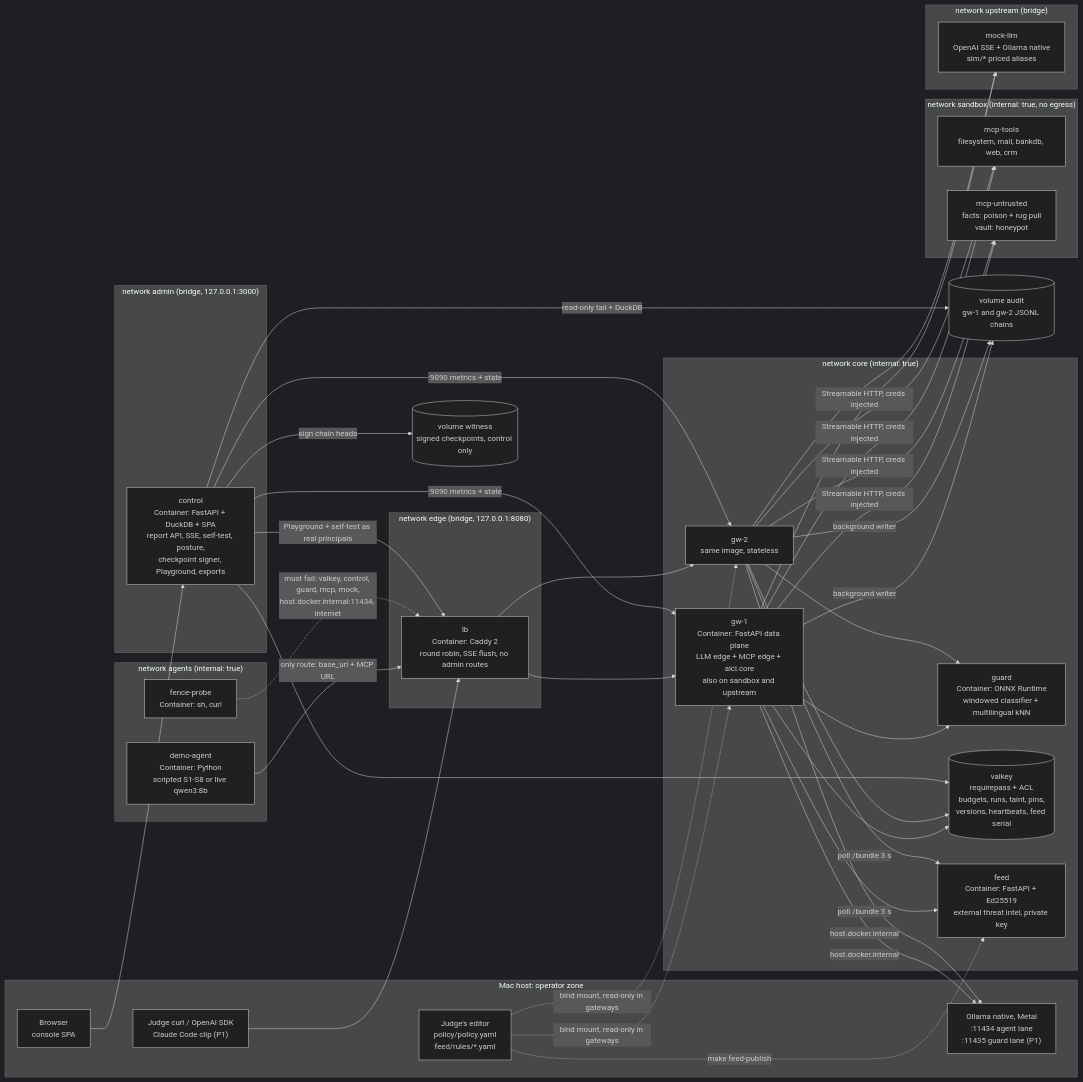
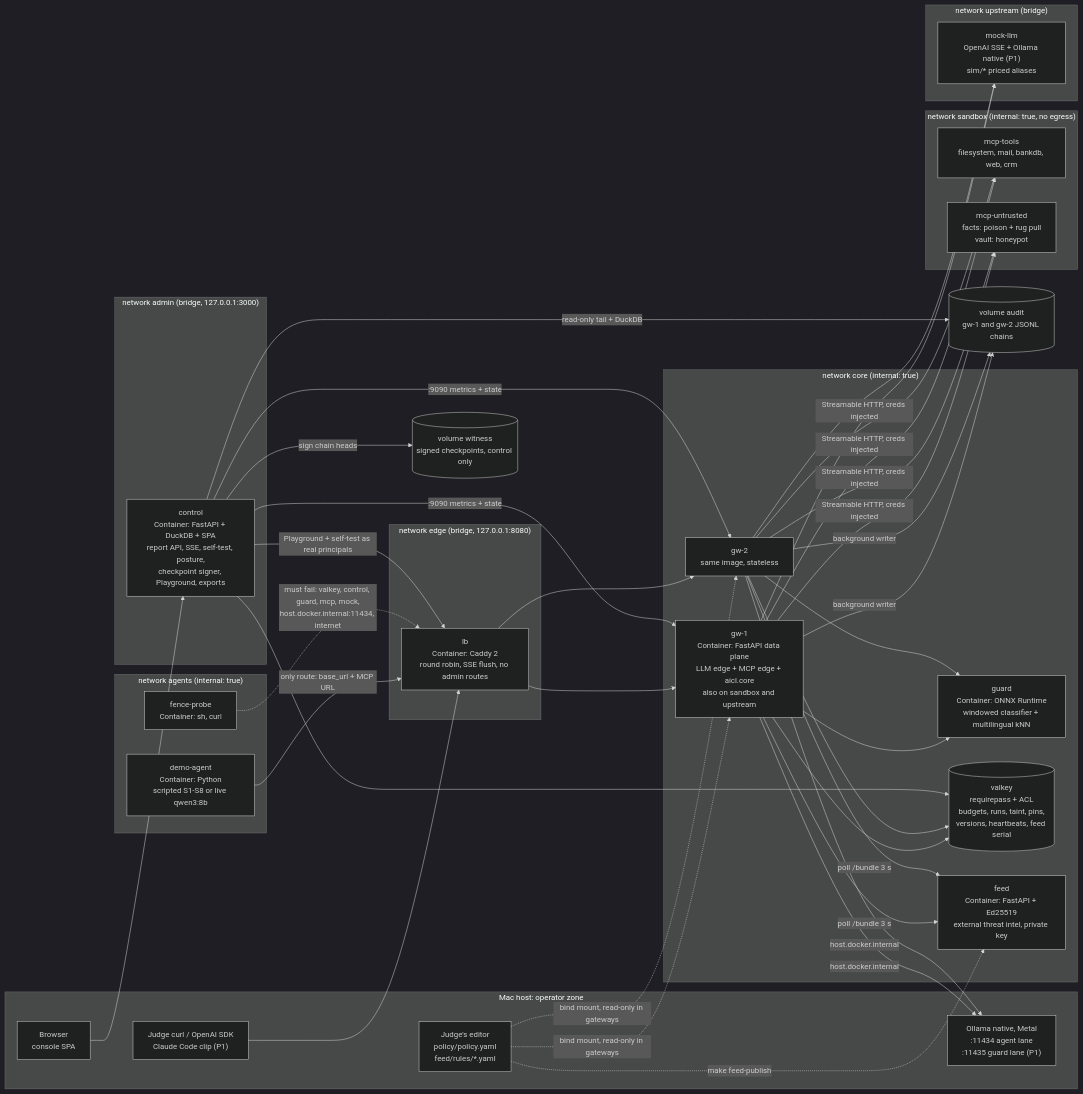
The diagram in diagrams/src/container-c4.mmd (damianlech/HackYeah26), drawn with Mermaid (dark theme) before and after one commit. The commit also changed 8 other files, not shown here.

First line of the commit message:
Re-render v1.1 diagrams; README and briefing: prototypes, P0-lite plan, widened never-cut list, beat 8-lite

```diff
--- a/diagrams/src/container-c4.mmd
+++ b/diagrams/src/container-c4.mmd
@@ -1,60 +1,60 @@
 flowchart LR
   subgraph HOST["Mac host: operator zone"]
     BR["Browser<br/>console SPA"]
     CLI["Judge curl / OpenAI SDK<br/>Claude Code clip (P1)"]
     ED["Judge's editor<br/>policy/policy.yaml<br/>feed/rules/*.yaml"]
     OLA["Ollama native, Metal<br/>:11434 agent lane<br/>:11435 guard lane (P1)"]
   end
 
   subgraph AGN["network agents (internal: true)"]
     AG["demo-agent<br/>Container: Python<br/>scripted S1-S8 or live qwen3:8b"]
     FP["fence-probe<br/>Container: sh, curl"]
   end
 
   subgraph EDGE["network edge (bridge, 127.0.0.1:8080)"]
     LB["lb<br/>Container: Caddy 2<br/>round robin, SSE flush, no admin routes"]
   end
 
   subgraph CORE["network core (internal: true)"]
     GW1["gw-1<br/>Container: FastAPI data plane<br/>LLM edge + MCP edge + aicl.core<br/>also on sandbox and upstream"]
     GW2["gw-2<br/>same image, stateless"]
     GD["guard<br/>Container: ONNX Runtime<br/>windowed classifier + multilingual kNN"]
     VK[("valkey<br/>requirepass + ACL<br/>budgets, runs, taint, pins,<br/>versions, heartbeats, feed serial")]
     FD["feed<br/>Container: FastAPI + Ed25519<br/>external threat intel, private key"]
   end
 
   subgraph ADM["network admin (bridge, 127.0.0.1:3000)"]
     CT["control<br/>Container: FastAPI + DuckDB + SPA<br/>report API, SSE, self-test, posture,<br/>checkpoint signer, Playground, exports"]
   end
 
   subgraph SBX["network sandbox (internal: true, no egress)"]
     MT["mcp-tools<br/>filesystem, mail, bankdb, web, crm"]
     MU["mcp-untrusted<br/>facts: poison + rug pull<br/>vault: honeypot"]
   end
 
   subgraph UPS["network upstream (bridge)"]
-    MK["mock-llm<br/>OpenAI SSE + Ollama native<br/>sim/* priced aliases"]
+    MK["mock-llm<br/>OpenAI SSE + Ollama native (P1)<br/>sim/* priced aliases"]
   end
 
   AUD[("volume audit<br/>gw-1 and gw-2 JSONL chains")]
   WIT[("volume witness<br/>signed checkpoints, control only")]
 
   AG -->|"only route: base_url + MCP URL"| LB
   FP -.->|"must fail: valkey, control, guard, mcp, mock,<br/>host.docker.internal:11434, internet"| LB
   CLI --> LB
   LB --> GW1 & GW2
   GW1 & GW2 --> GD
   GW1 & GW2 --> VK
   GW1 & GW2 -->|"poll /bundle 3 s"| FD
   GW1 & GW2 -->|"Streamable HTTP, creds injected"| MT & MU
   GW1 & GW2 --> MK
   GW1 & GW2 -->|"host.docker.internal"| OLA
   GW1 & GW2 -->|"background writer"| AUD
   BR --> CT
   CT -->|"read-only tail + DuckDB"| AUD
   CT -->|"sign chain heads"| WIT
   CT --> VK
   CT -->|"Playground + self-test as real principals"| LB
   CT -->|":9090 metrics + state"| GW1 & GW2
   ED -.->|"bind mount, read-only in gateways"| GW1 & GW2
   ED -.->|"make feed-publish"| FD
```
